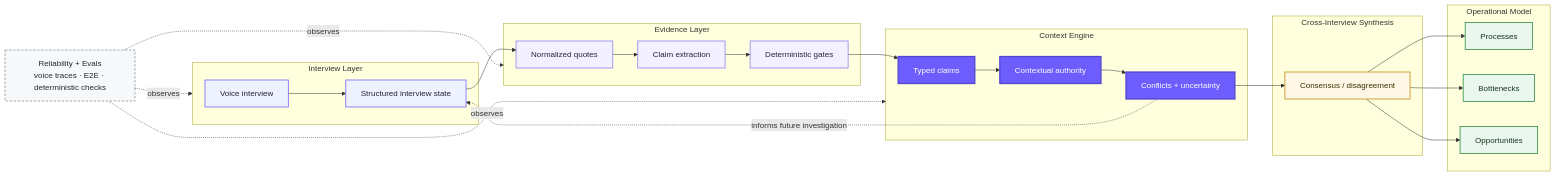
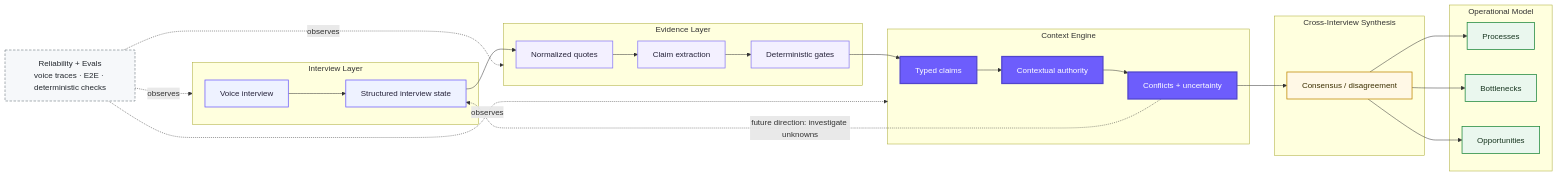
The diagram in README.md (isidropasman/plexo-engineering), drawn with Mermaid before and after one commit. The commit also changed other lines of this file, not shown here.

Commit message:
docs: sharpen production vs architectural direction

````diff
--- a/README.md
+++ b/README.md
@@ -28,58 +28,58 @@
 ```mermaid
 flowchart LR
     subgraph I[Interview Layer]
       V[Voice interview]
       S[Structured interview state]
       V --> S
     end
 
     subgraph E[Evidence Layer]
       Q[Normalized quotes]
       X[Claim extraction]
       G[Deterministic gates]
       Q --> X --> G
     end
 
     subgraph C[Context Engine]
       CL[Typed claims]
       A[Contextual authority]
       CF[Conflicts + uncertainty]
       CL --> A --> CF
     end
 
     subgraph XS[Cross-Interview Synthesis]
       SY[Consensus / disagreement]
     end
 
     subgraph O[Operational Model]
       P[Processes]
       B[Bottlenecks]
       OP[Opportunities]
     end
 
     S --> Q
     G --> CL
     CF --> SY
     SY --> P
     SY --> B
     SY --> OP
-    CF -. informs future investigation .-> S
+    CF -. future direction: investigate unknowns .-> S
 
     R["Reliability + Evals\nvoice traces · E2E · deterministic checks"] -. observes .-> I
     R -. observes .-> E
     R -. observes .-> C
 
     classDef interview fill:#EEF2FF,stroke:#6D5DFC,color:#26233A,stroke-width:1.5px;
     classDef evidence fill:#F3F0FF,stroke:#8B7CF6,color:#26233A,stroke-width:1.5px;
     classDef context fill:#6D5DFC,stroke:#5145CD,color:#FFFFFF,stroke-width:2.5px;
     classDef synthesis fill:#FFF8E6,stroke:#BF8700,color:#3B2F00,stroke-width:1.5px;
     classDef model fill:#EAF7EE,stroke:#1F883D,color:#17351F,stroke-width:1.5px;
     classDef reliability fill:#F6F8FA,stroke:#57606A,color:#24292F,stroke-dasharray: 5 3;
 
     class V,S interview;
     class Q,X,G evidence;
     class CL,A,CF context;
     class SY synthesis;
     class P,B,OP model;
     class R reliability;
 ```
````
